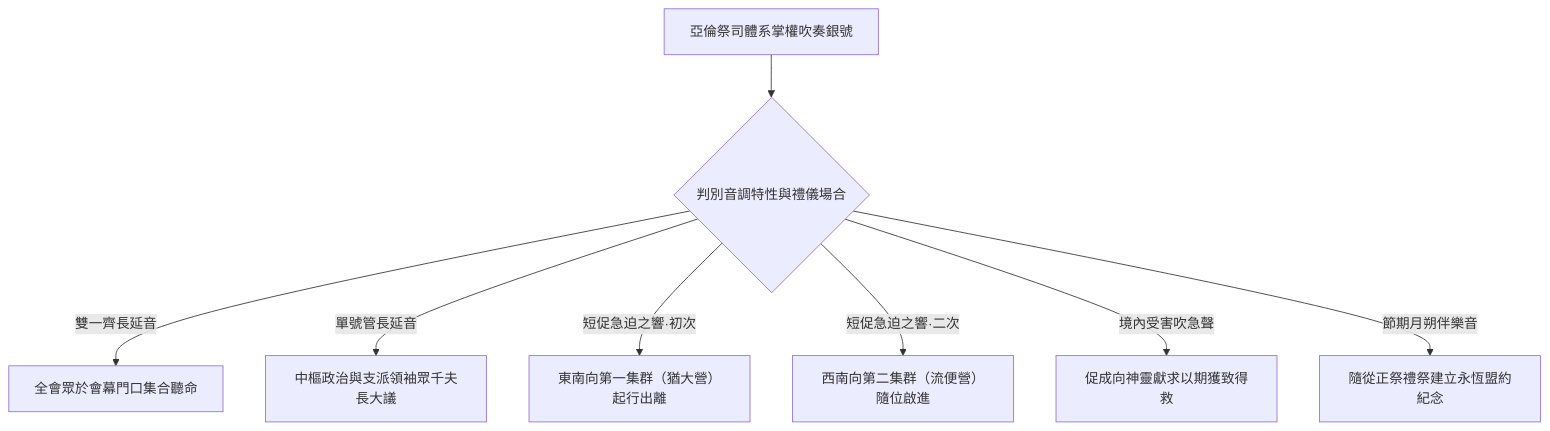
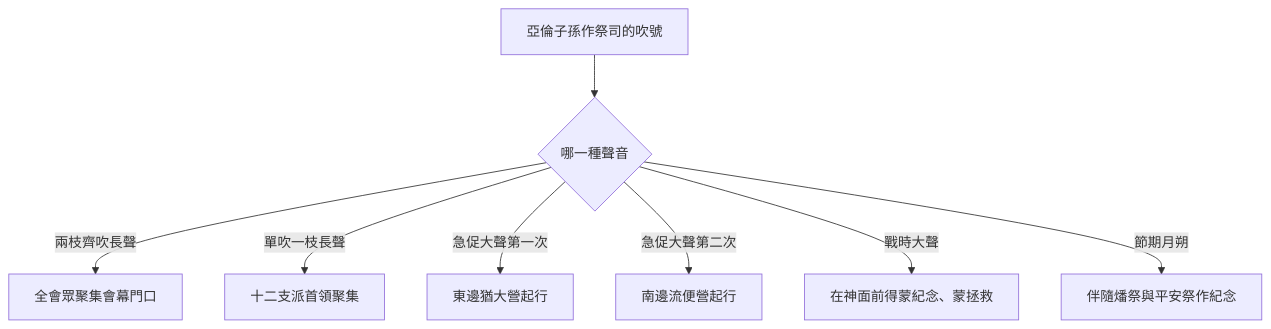
The first of 2 diagrams in content/04 民數記/第10章.md (andyjr5566/Bible_wiki_zh_website), drawn with Mermaid before and after one commit. The commit also changed other lines of this file and 517 other files, not shown here.

````diff
--- a/content/04 民數記/第10章.md
+++ b/content/04 民數記/第10章.md
@@ -90,10 +116,10 @@
 ```mermaid
 flowchart TD
-    A["亞倫祭司體系掌權吹奏銀號"] --> B{"判別音調特性與禮儀場合"}
-    B -->|雙一齊長延音| C["全會眾於會幕門口集合聽命"]
-    B -->|單號管長延音| D["中樞政治與支派領袖眾千夫長大議"]
-    B -->|短促急迫之響·初次| E["東南向第一集群（猶大營）起行出離"]
-    B -->|短促急迫之響·二次| F["西南向第二集群（流便營）隨位啟進"]
-    B -->|境內受害吹急聲| G["促成向神靈獻求以期獲致得救"]
-    B -->|節期月朔伴樂音| H["隨從正祭禮祭建立永恆盟約紀念"]
+    A["亞倫子孫作祭司的吹號"] --> B{"哪一種聲音"}
+    B -->|兩枝齊吹長聲| C["全會眾聚集會幕門口"]
+    B -->|單吹一枝長聲| D["十二支派首領聚集"]
+    B -->|急促大聲第一次| E["東邊猶大營起行"]
+    B -->|急促大聲第二次| F["南邊流便營起行"]
+    B -->|戰時大聲| G["在神面前得蒙紀念、蒙拯救"]
+    B -->|節期月朔| H["伴隨燔祭與平安祭作紀念"]
 ```
````
